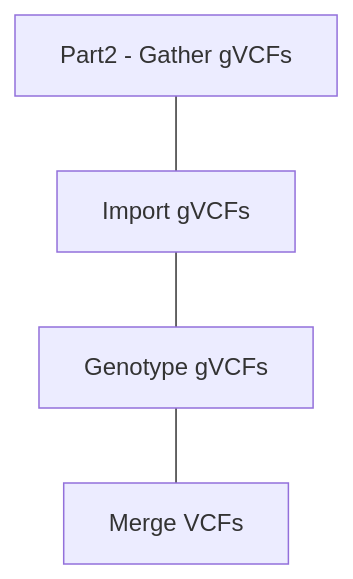
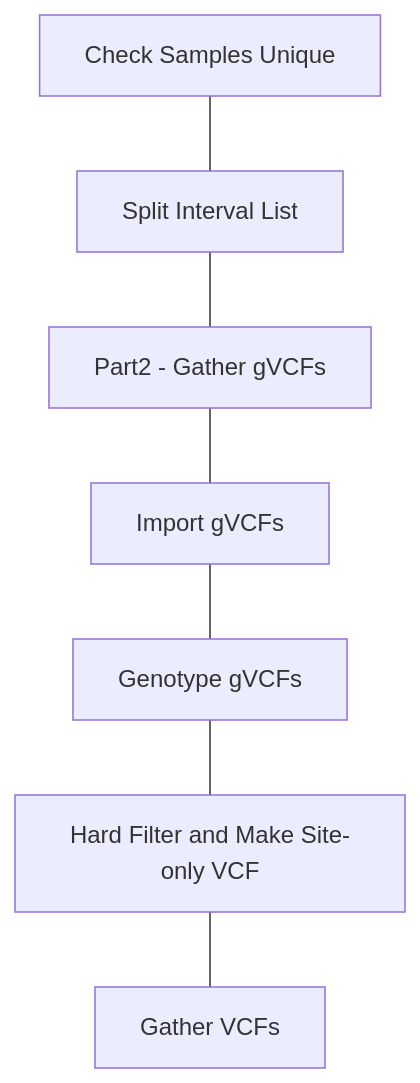
The third of 4 diagrams in 10_Intermediate_Bioinformatics/10.1_Introduction_to_Next_Generation_Sequencing/10.1.1_Basic_Exome_Capture_Pipeline/10.1.1_Basic_GATK_WES_Pipeline.md (lottpaul/GettingStartedBioinformatics), drawn with Mermaid before and after one commit. The commit also changed other lines of this file, not shown here.

````diff
--- a/10_Intermediate_Bioinformatics/10.1_Introduction_to_Next_Generation_Sequencing/10.1.1_Basic_Exome_Capture_Pipeline/10.1.1_Basic_GATK_WES_Pipeline.md
+++ b/10_Intermediate_Bioinformatics/10.1_Introduction_to_Next_Generation_Sequencing/10.1.1_Basic_Exome_Capture_Pipeline/10.1.1_Basic_GATK_WES_Pipeline.md
@@ -263,6 +263,9 @@
 ```mermaid
 flowchart TD
-    A["Part2 - Gather gVCFs"]---B["Import gVCFs"]
-    B---C["Genotype gVCFs"]
-    C---D["Merge VCFs"]
+    A["Check Samples Unique"]---B["Split Interval List"]
+    B---C["Part2 - Gather gVCFs"]
+    C---D["Import gVCFs"]
+    D---E["Genotype gVCFs"]
+    E---F["Hard Filter and Make Site-only VCF"]
+    F---G["Gather VCFs"]
 ```
````
